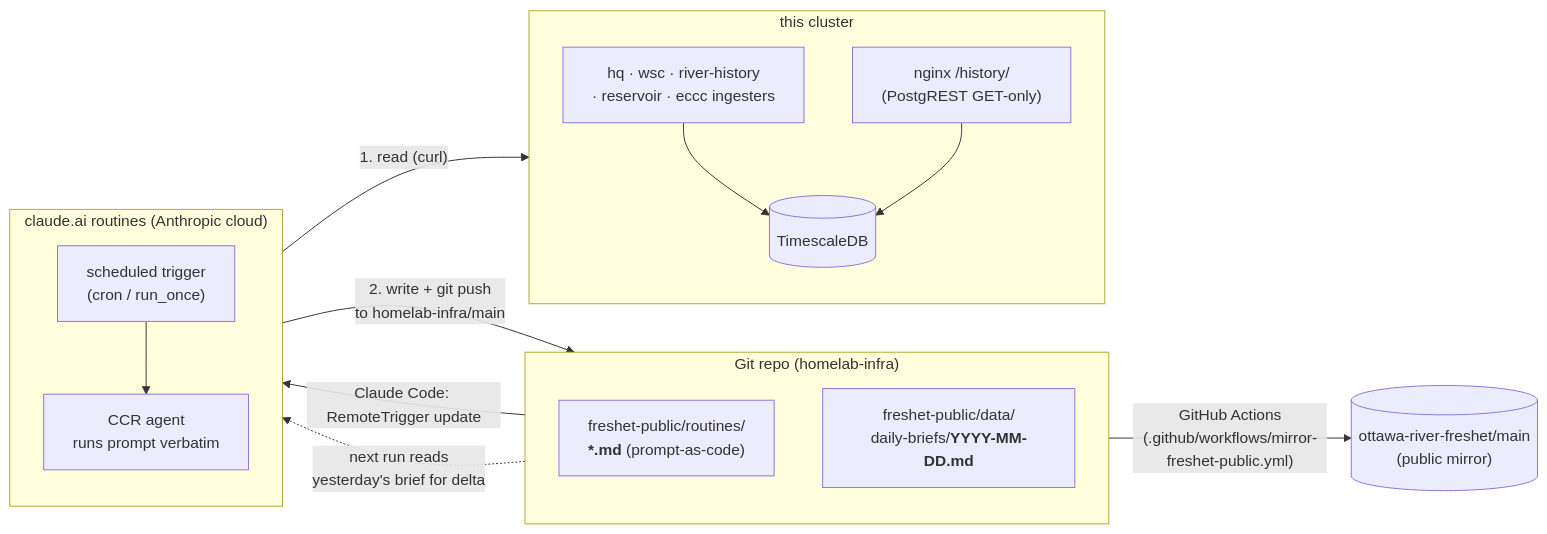
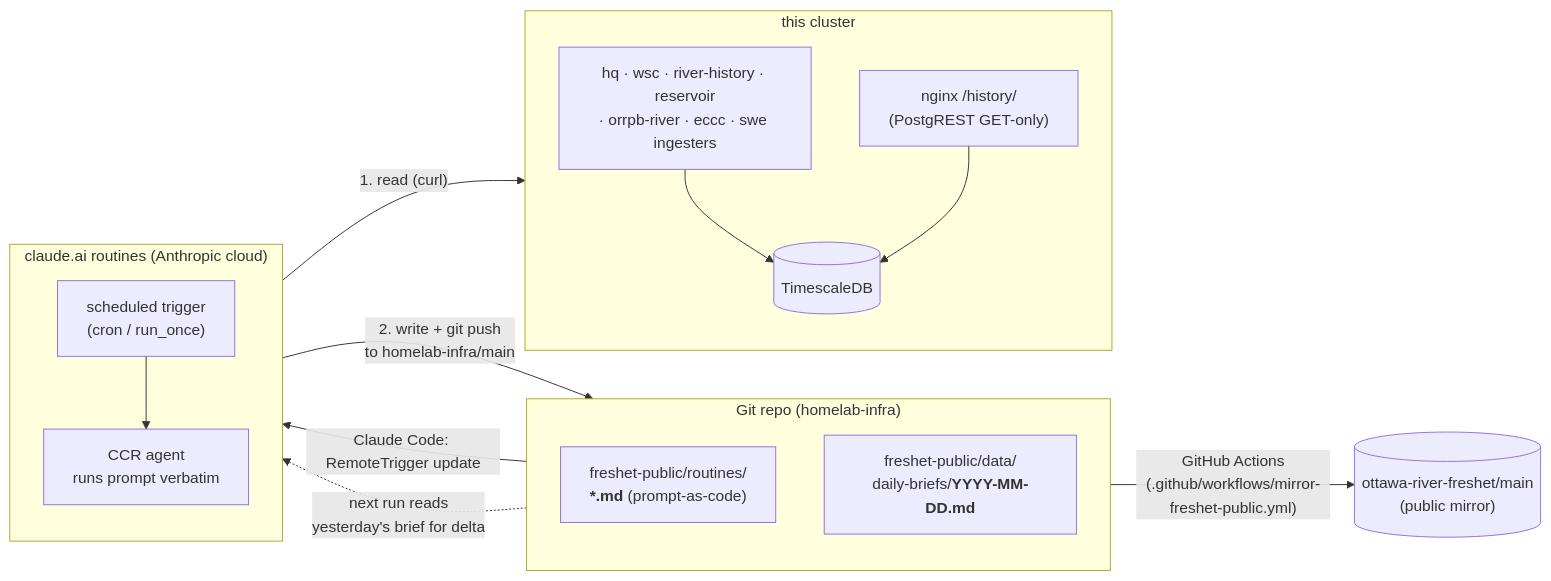
Before and after one commit to aachtenberg/ottawa-river-freshet: the diagram in docs/architecture.md, drawn with Mermaid. The commit also changed other lines of this file and 2 other files, not shown here.

````diff
--- a/docs/architecture.md
+++ b/docs/architecture.md
@@ -238,30 +320,30 @@
 ```mermaid
 flowchart LR
     subgraph repo["Git repo (homelab-infra)"]
         direction TB
         prompts["freshet-public/routines/<br/><b>*.md</b> (prompt-as-code)"]
         artifacts["freshet-public/data/<br/>daily-briefs/<b>YYYY-MM-DD.md</b>"]
     end
 
     subgraph claudeai["claude.ai routines (Anthropic cloud)"]
         direction TB
         sched["scheduled trigger<br/>(cron / run_once)"]
         agent["CCR agent<br/>runs prompt verbatim"]
         sched --> agent
     end
 
     subgraph cluster["this cluster"]
         direction TB
         proxy["nginx /history/<br/>(PostgREST GET-only)"]
         db[(TimescaleDB)]
-        ingesters["hq · wsc · river-history<br/>· reservoir · eccc ingesters"]
+        ingesters["hq · wsc · river-history · reservoir<br/>· orrpb-river · eccc · swe ingesters"]
         ingesters --> db
         proxy --> db
     end
 
     prompts -- "Claude Code: RemoteTrigger update" --> sched
     agent -- "1. read (curl)" --> proxy
     agent -- "2. write + git push<br/>to homelab-infra/main" --> artifacts
     artifacts -- "GitHub Actions<br/>(.github/workflows/mirror-freshet-public.yml)" --> mirror[("ottawa-river-freshet/main<br/>(public mirror)")]
     artifacts -. "next run reads<br/>yesterday's brief for delta" .-> agent
 ```
````
